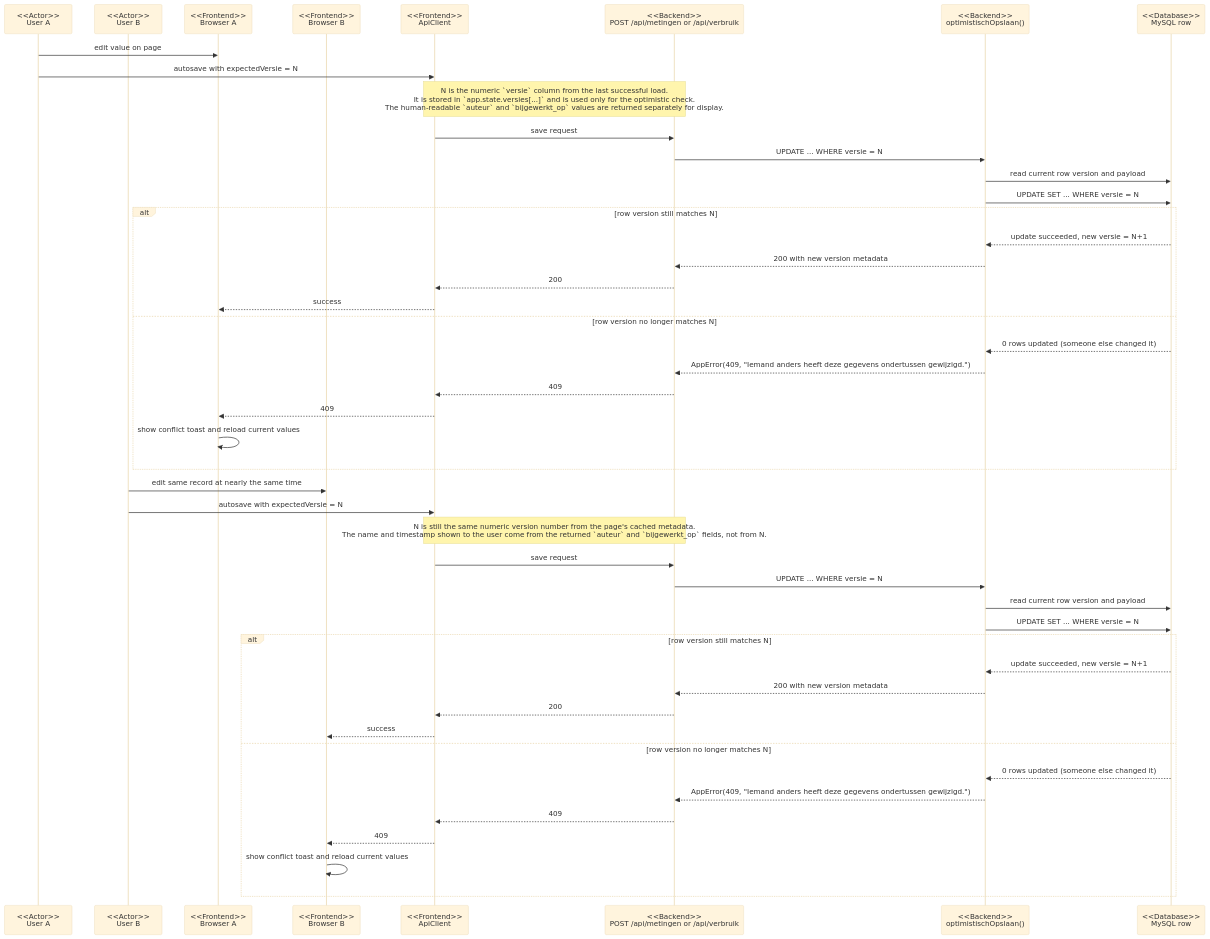
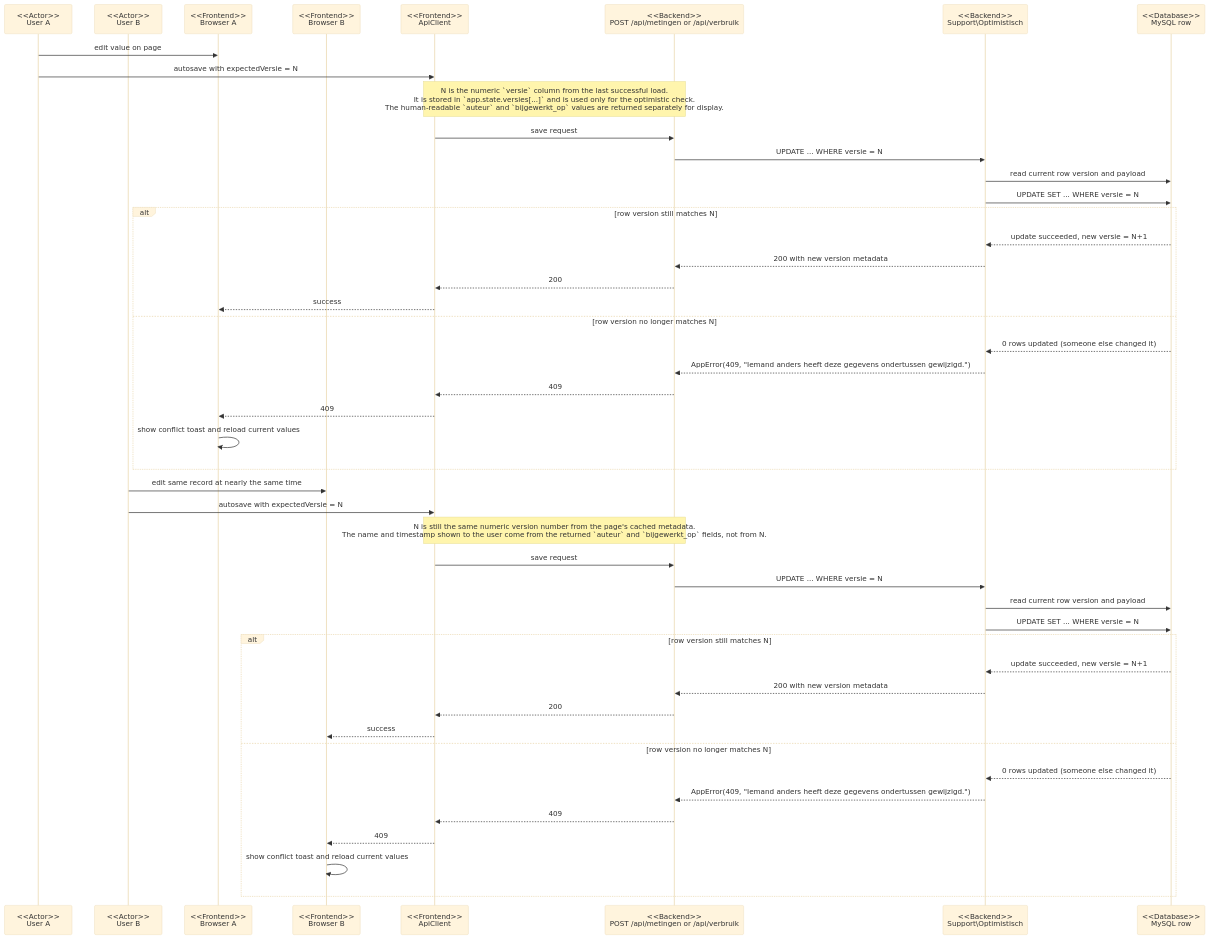
Before and after one commit to pjgheijmans/NewSiteWaterbeheerDeBercken: the fifth of 10 diagrams in docs/EDS.md, drawn with Mermaid (base theme). The commit also changed other lines of this file and 1 other file, not shown here.

First line of the commit message:
docs: werk EPS/EDS bij naar de PHP-backend

````diff
--- a/docs/EDS.md
+++ b/docs/EDS.md
@@ -683,53 +707,53 @@
 ```mermaid
 sequenceDiagram
     participant U1 as <<Actor>><br/>User A
     participant U2 as <<Actor>><br/>User B
     participant F1 as <<Frontend>><br/>Browser A
     participant F2 as <<Frontend>><br/>Browser B
     participant A as <<Frontend>><br/>ApiClient
     participant S as <<Backend>><br/>POST /api/metingen or /api/verbruik
-    participant R as <<Backend>><br/>optimistischOpslaan()
+    participant R as <<Backend>><br/>Support\Optimistisch
     participant DB as <<Database>><br/>MySQL row
 
     U1->>F1: edit value on page
     U1->>A: autosave with expectedVersie = N
     Note over A,S: N is the numeric `versie` column from the last successful load.<br/>It is stored in `app.state.versies[...]` and is used only for the optimistic check.<br/>The human-readable `auteur` and `bijgewerkt_op` values are returned separately for display.
     A->>S: save request
     S->>R: UPDATE ... WHERE versie = N
     R->>DB: read current row version and payload
     R->>DB: UPDATE SET ... WHERE versie = N
 
     alt row version still matches N
         DB-->>R: update succeeded, new versie = N+1
         R-->>S: 200 with new version metadata
         S-->>A: 200
         A-->>F1: success
     else row version no longer matches N
         DB-->>R: 0 rows updated (someone else changed it)
         R-->>S: AppError(409, "Iemand anders heeft deze gegevens ondertussen gewijzigd.")
         S-->>A: 409
         A-->>F1: 409
         F1->>F1: show conflict toast and reload current values
     end
 
     U2->>F2: edit same record at nearly the same time
     U2->>A: autosave with expectedVersie = N
     Note over A,S: N is still the same numeric version number from the page's cached metadata.<br/>The name and timestamp shown to the user come from the returned `auteur` and `bijgewerkt_op` fields, not from N.
     A->>S: save request
     S->>R: UPDATE ... WHERE versie = N
     R->>DB: read current row version and payload
     R->>DB: UPDATE SET ... WHERE versie = N
 
     alt row version still matches N
         DB-->>R: update succeeded, new versie = N+1
         R-->>S: 200 with new version metadata
         S-->>A: 200
         A-->>F2: success
     else row version no longer matches N
         DB-->>R: 0 rows updated (someone else changed it)
         R-->>S: AppError(409, "Iemand anders heeft deze gegevens ondertussen gewijzigd.")
         S-->>A: 409
         A-->>F2: 409
         F2->>F2: show conflict toast and reload current values
     end
 ```
````
